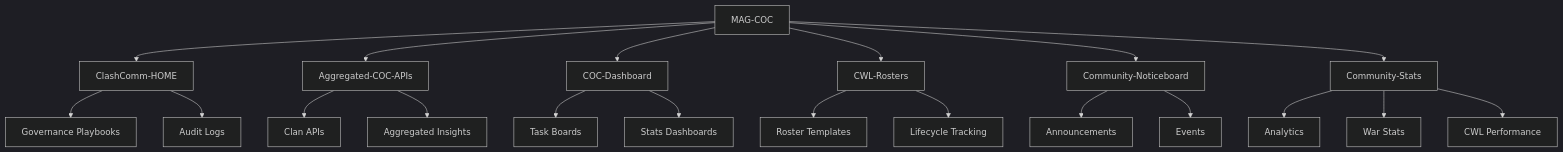
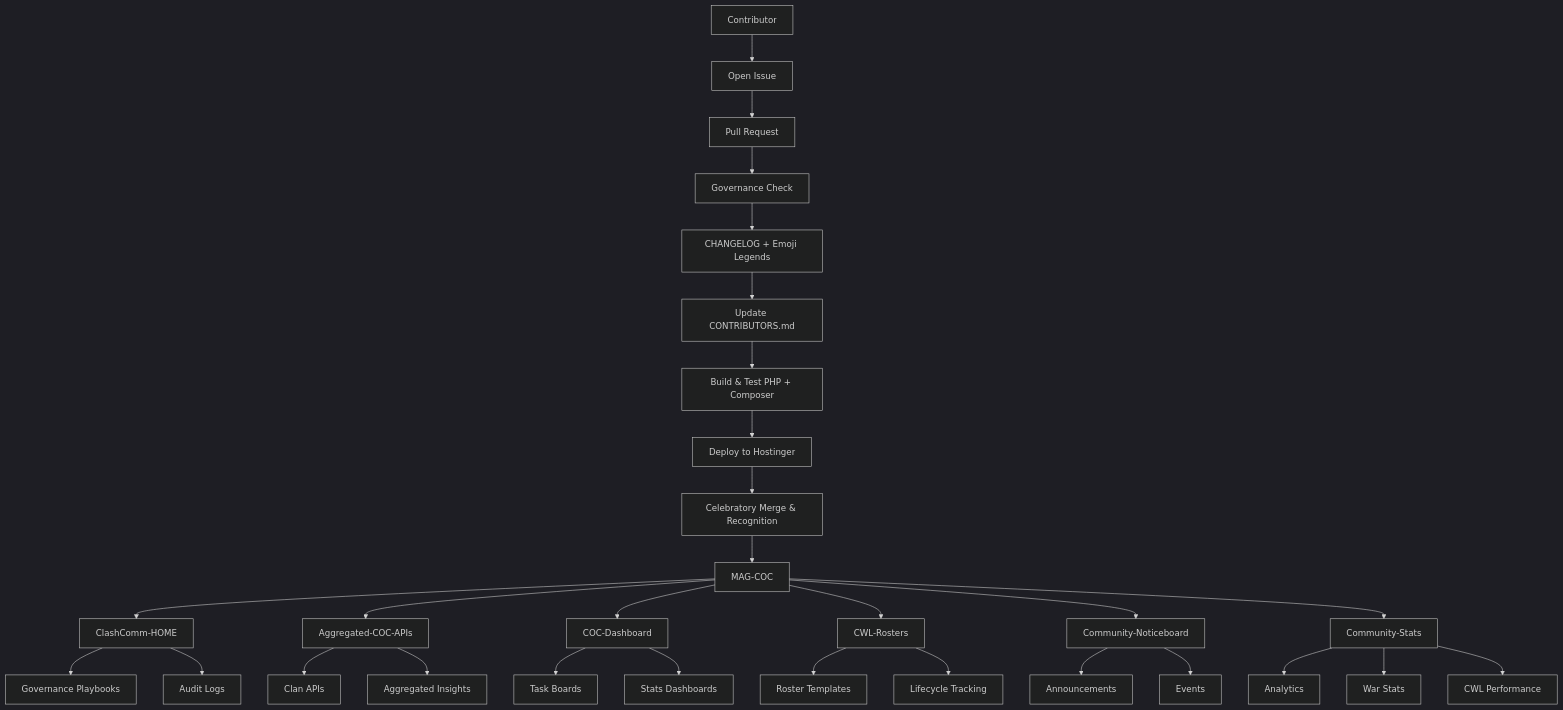
One commit to MAG-COC/MAG-COC changed the second of 2 diagrams in README.md. Above: the diagram before and after it, drawn with Mermaid (dark theme).

Commit message:
Update README.md
Updatex

````diff
--- a/README.md
+++ b/README.md
@@ -88,28 +47,41 @@
 ```mermaid
-graph TD
-    A[MAG-COC] --> B[ClashComm-HOME]
-    A --> C[Aggregated-COC-APIs]
-    A --> D[COC-Dashboard]
-    A --> E[CWL-Rosters]
-    A --> F[Community-Noticeboard]
-    A --> G[Community-Stats]
+flowchart TD
+    %% Governance Lifecycle
+    A[Contributor] --> B[Open Issue]
+    B --> C[Pull Request]
+    C --> D[Governance Check]
+    D --> E[CHANGELOG + Emoji Legends]
+    E --> F[Update CONTRIBUTORS.md]
+    F --> G[Build & Test PHP + Composer]
+    G --> H[Deploy to Hostinger]
+    H --> I[Celebratory Merge & Recognition]
 
-    B --> B1[Governance Playbooks]
-    B --> B2[Audit Logs]
+    %% Repo Ecosystem
+    I --> J[MAG-COC]
+    J --> K[ClashComm-HOME]
+    J --> L[Aggregated-COC-APIs]
+    J --> M[COC-Dashboard]
+    J --> N[CWL-Rosters]
+    J --> O[Community-Noticeboard]
+    J --> P[Community-Stats]
 
-    C --> C1[Clan APIs]
-    C --> C2[Aggregated Insights]
+    %% Sub-nodes for clarity
+    K --> K1[Governance Playbooks]
+    K --> K2[Audit Logs]
 
-    D --> D1[Task Boards]
-    D --> D2[Stats Dashboards]
+    L --> L1[Clan APIs]
+    L --> L2[Aggregated Insights]
 
-    E --> E1[Roster Templates]
-    E --> E2[Lifecycle Tracking]
+    M --> M1[Task Boards]
+    M --> M2[Stats Dashboards]
 
-    F --> F1[Announcements]
-    F --> F2[Events]
+    N --> N1[Roster Templates]
+    N --> N2[Lifecycle Tracking]
 
-    G --> G1[Analytics]
-    G --> G2[War Stats]
-    G --> G3[CWL Performance]
+    O --> O1[Announcements]
+    O --> O2[Events]
+
+    P --> P1[Analytics]
+    P --> P2[War Stats]
+    P --> P3[CWL Performance]
 ```
````
